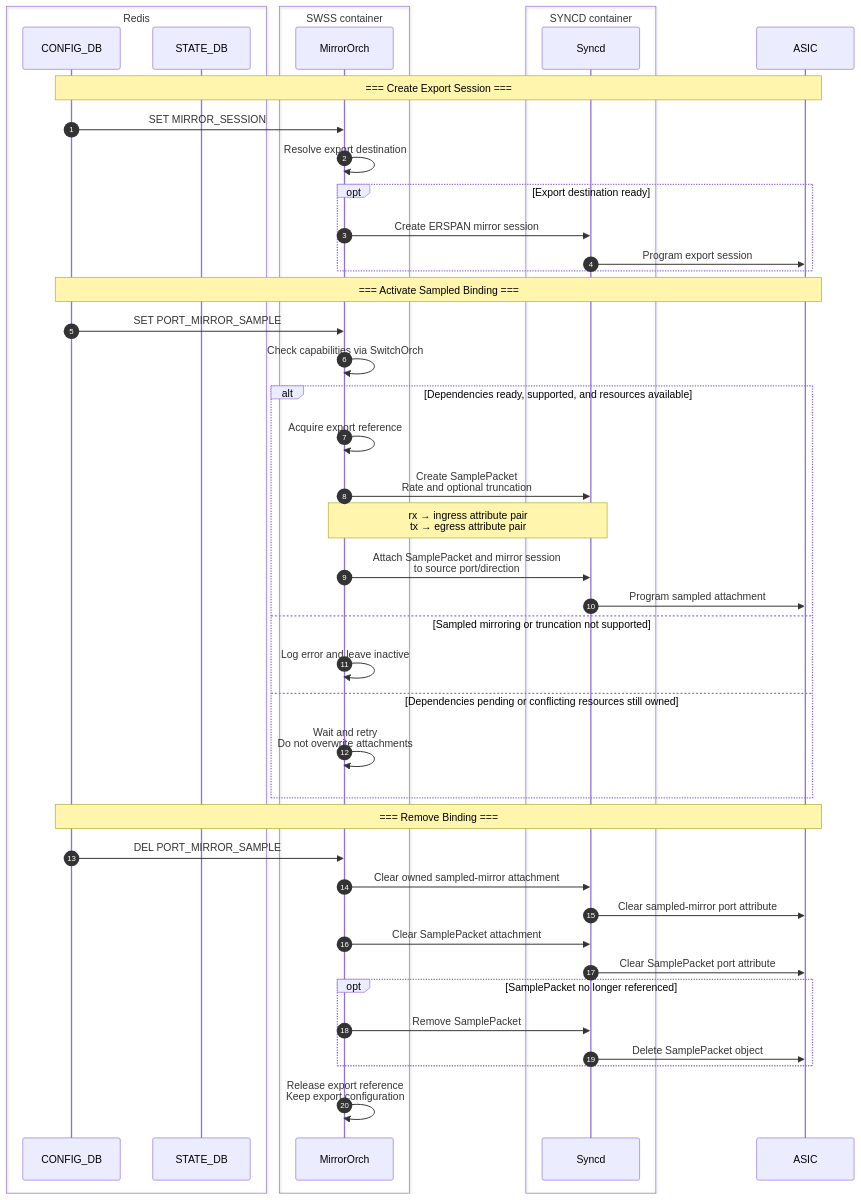
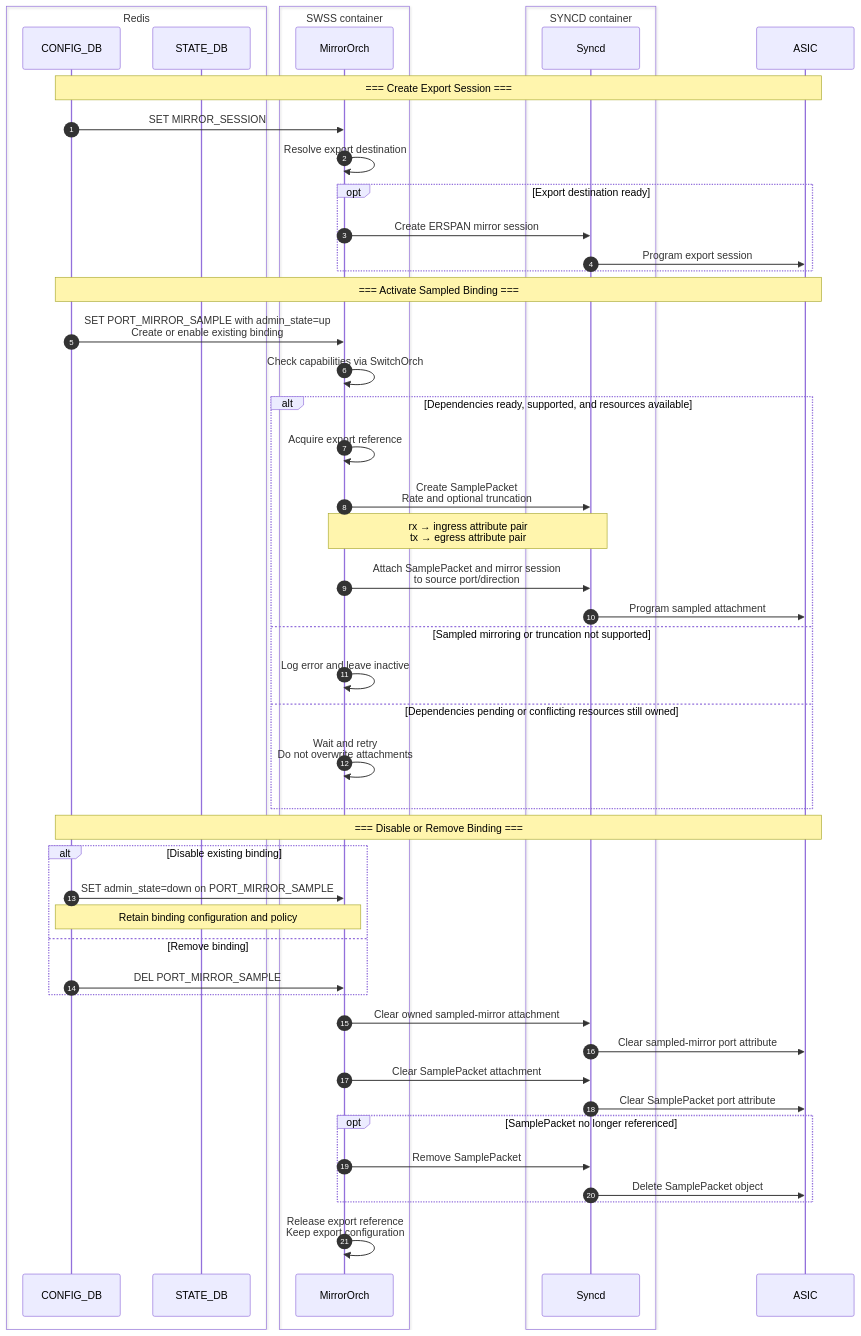
Before and after one commit to sonic-net/SONiC: the third of 3 diagrams in doc/port-mirroring/SONiC_Port_Mirroring_HLD.md, drawn with Mermaid. The commit also changed other lines of this file, not shown here.

First line of the commit message:
[HLD] Support in-place admin_state updates for sampled mirror bindings

````diff
--- a/doc/port-mirroring/SONiC_Port_Mirroring_HLD.md
+++ b/doc/port-mirroring/SONiC_Port_Mirroring_HLD.md
@@ -818,47 +835,52 @@
 ```mermaid
 sequenceDiagram
      autonumber
      box Redis
          participant config_db as CONFIG_DB
          participant state_db as STATE_DB
      end
      box SWSS container
          participant mirror_orch as MirrorOrch
      end
      box SYNCD container
          participant syncd as Syncd
      end
      participant asic as ASIC
      Note over config_db,asic: === Create Export Session ===
      config_db ->> mirror_orch: SET MIRROR_SESSION
      mirror_orch ->> mirror_orch: Resolve export destination
      opt Export destination ready
          mirror_orch ->> syncd: Create ERSPAN mirror session
          syncd ->> asic: Program export session
      end
      Note over config_db,asic: === Activate Sampled Binding ===
-     config_db ->> mirror_orch: SET PORT_MIRROR_SAMPLE
+     config_db ->> mirror_orch: SET PORT_MIRROR_SAMPLE with admin_state=up<br/>Create or enable existing binding
      mirror_orch ->> mirror_orch: Check capabilities via SwitchOrch
      alt Dependencies ready, supported, and resources available
          mirror_orch ->> mirror_orch: Acquire export reference
          mirror_orch ->> syncd: Create SamplePacket<br/>Rate and optional truncation
          Note over mirror_orch,syncd: rx → ingress attribute pair<br/>tx → egress attribute pair
          mirror_orch ->> syncd: Attach SamplePacket and mirror session<br/>to source port/direction
          syncd ->> asic: Program sampled attachment
      else Sampled mirroring or truncation not supported
          mirror_orch ->> mirror_orch: Log error and leave inactive
      else Dependencies pending or conflicting resources still owned
          mirror_orch ->> mirror_orch: Wait and retry<br/>Do not overwrite attachments
      end
-     Note over config_db,asic: === Remove Binding ===
-     config_db ->> mirror_orch: DEL PORT_MIRROR_SAMPLE
+     Note over config_db,asic: === Disable or Remove Binding ===
+     alt Disable existing binding
+         config_db ->> mirror_orch: SET admin_state=down on PORT_MIRROR_SAMPLE
+         Note over config_db,mirror_orch: Retain binding configuration and policy
+     else Remove binding
+         config_db ->> mirror_orch: DEL PORT_MIRROR_SAMPLE
+     end
      mirror_orch ->> syncd: Clear owned sampled-mirror attachment
      syncd ->> asic: Clear sampled-mirror port attribute
      mirror_orch ->> syncd: Clear SamplePacket attachment
      syncd ->> asic: Clear SamplePacket port attribute
      opt SamplePacket no longer referenced
          mirror_orch ->> syncd: Remove SamplePacket
          syncd ->> asic: Delete SamplePacket object
      end
      mirror_orch ->> mirror_orch: Release export reference<br/>Keep export configuration
 ```
````
